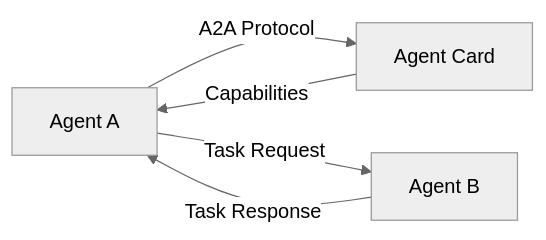
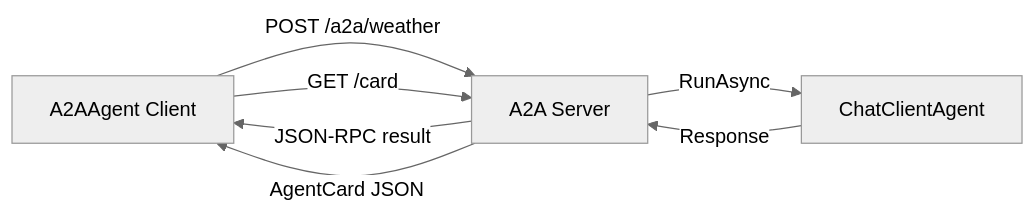
The diagram in docs/en/s16-a2a-protocol.md (yanziyang/learn-Microsoft-Agent-Framework), drawn with Mermaid (neutral theme) before and after one commit. The commit also changed other lines of this file and 97 other files, not shown here.

````diff
--- a/docs/en/s16-a2a-protocol.md
+++ b/docs/en/s16-a2a-protocol.md
@@ -15,7 +15,9 @@
 ```mermaid
 graph LR
-    A[Agent A] -->|A2A Protocol| B[Agent Card]
-    B -->|Capabilities| A
-    A -->|Task Request| C[Agent B]
-    C -->|Task Response| A
+    A[A2AAgent Client] -->|POST /a2a/weather| B[A2A Server]
+    B -->|RunAsync| C[ChatClientAgent]
+    C -->|Response| B
+    B -->|JSON-RPC result| A
+    A -->|GET /card| B
+    B -->|AgentCard JSON| A
 ```
````
